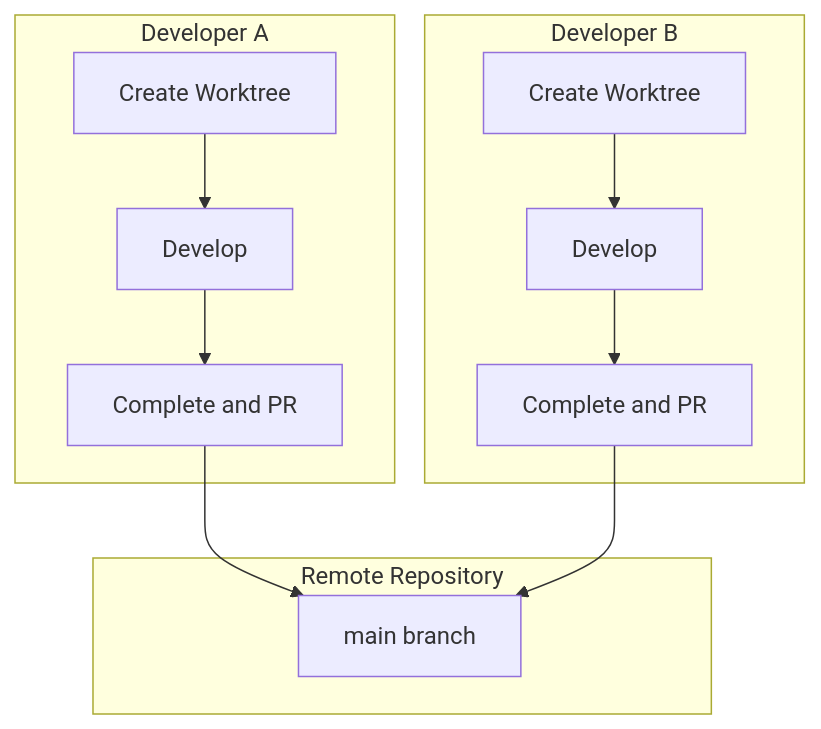
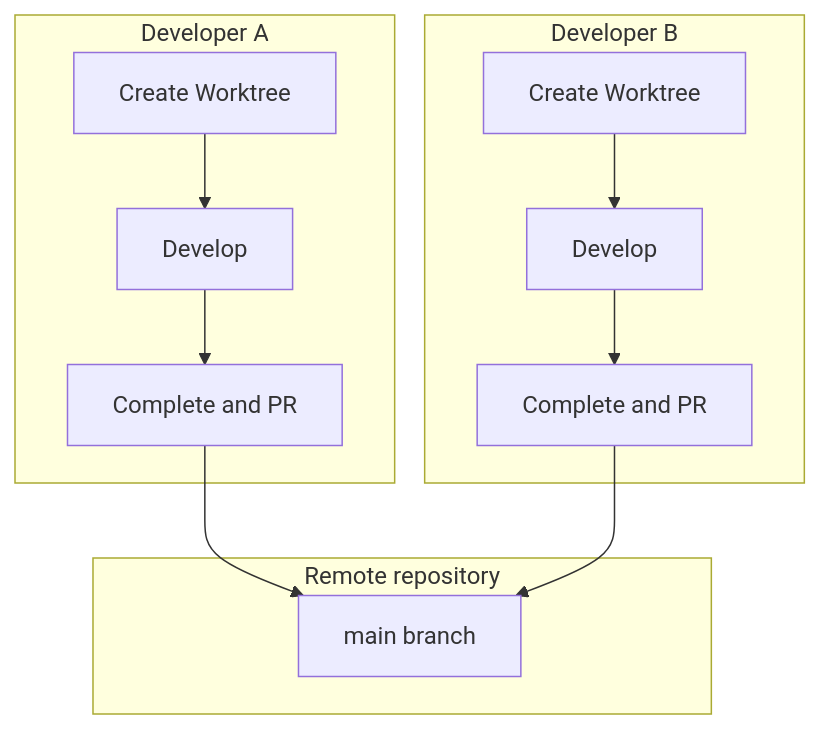
One commit to modu-ai/moai-adk changed the ninth of 9 diagrams in docs-site/content/en/worktree/faq.md. Above: the diagram before and after it, drawn with Mermaid. The commit also changed other lines of this file and 395 other files, not shown here.

````diff
--- a/docs-site/content/en/worktree/faq.md
+++ b/docs-site/content/en/worktree/faq.md
@@ -503,21 +504,21 @@
 ```mermaid
 graph TB
     subgraph DevA["Developer A"]
         A1[Create Worktree]
         A2[Develop]
         A3[Complete and PR]
     end
 
     subgraph DevB["Developer B"]
         B1[Create Worktree]
         B2[Develop]
         B3[Complete and PR]
     end
 
-    subgraph Remote["Remote Repository"]
+    subgraph Remote["Remote repository"]
         R[main branch]
     end
 
     A1 --> A2 --> A3 --> R
     B1 --> B2 --> B3 --> R
 ```
````
